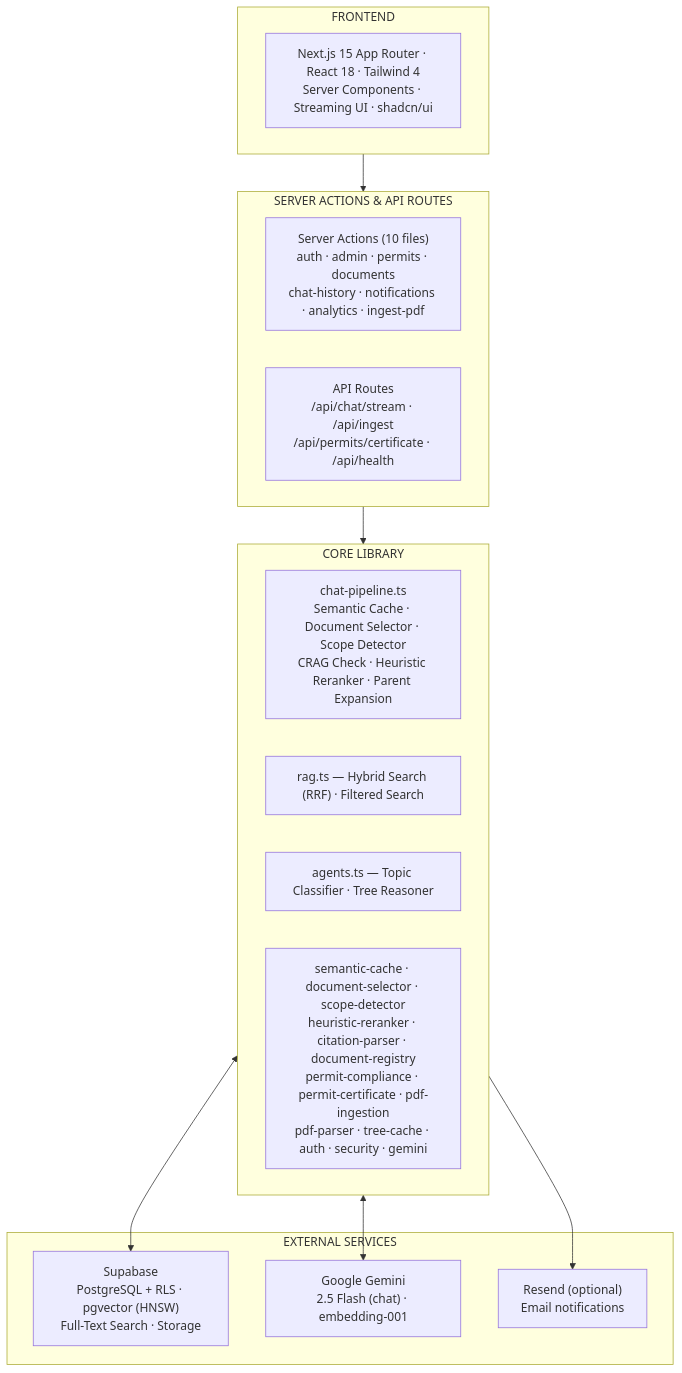
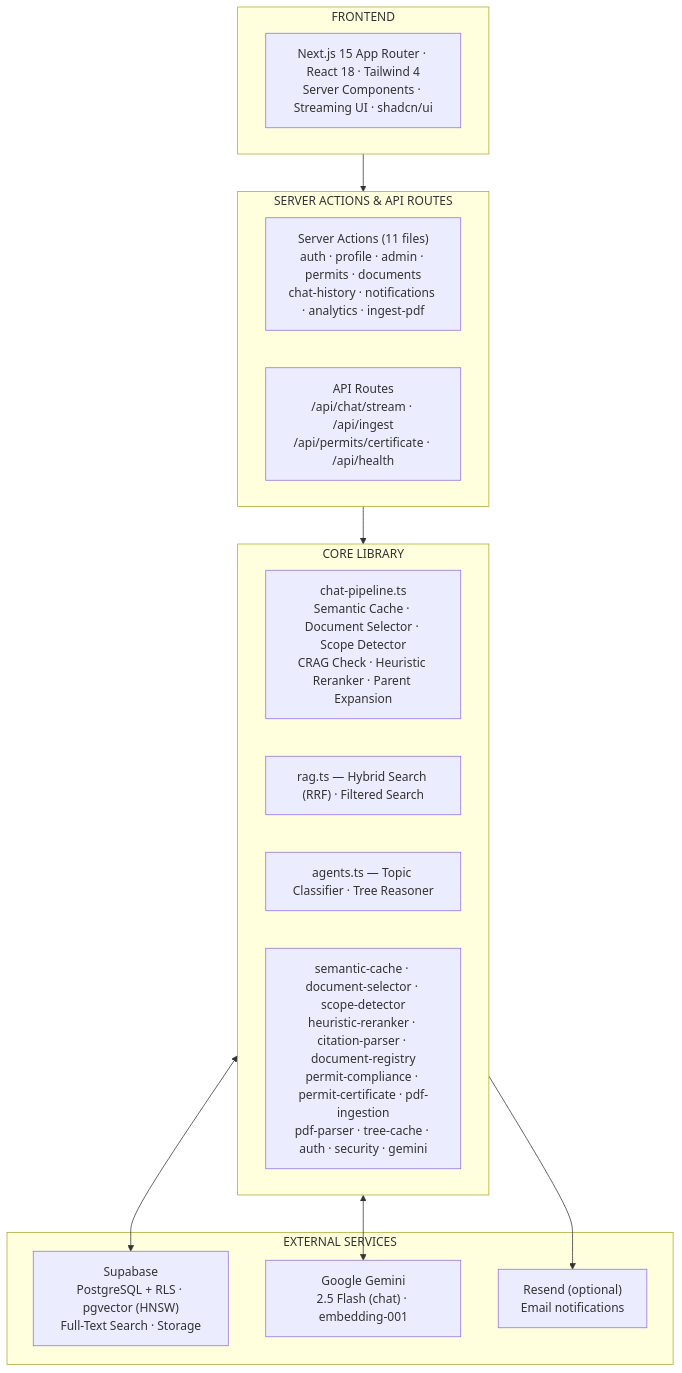
One commit to MakazhanAlpamys/Permit-Forge changed the first of 4 diagrams in README.md. Above: the diagram before and after it, drawn with Mermaid. The commit also changed other lines of this file and 1 other file, not shown here.

````diff
--- a/README.md
+++ b/README.md
@@ -261,30 +261,30 @@
 ```mermaid
 graph TB
     subgraph Frontend["FRONTEND"]
         FE["Next.js 15 App Router · React 18 · Tailwind 4<br/>Server Components · Streaming UI · shadcn/ui"]
     end
 
     subgraph Server["SERVER ACTIONS & API ROUTES"]
-        SA["Server Actions (10 files)<br/>auth · admin · permits · documents<br/>chat-history · notifications · analytics · ingest-pdf"]
+        SA["Server Actions (11 files)<br/>auth · profile · admin · permits · documents<br/>chat-history · notifications · analytics · ingest-pdf"]
         API["API Routes<br/>/api/chat/stream · /api/ingest<br/>/api/permits/certificate · /api/health"]
     end
 
     subgraph Core["CORE LIBRARY"]
         CP["chat-pipeline.ts<br/>Semantic Cache · Document Selector · Scope Detector<br/>CRAG Check · Heuristic Reranker · Parent Expansion"]
         RAG["rag.ts — Hybrid Search (RRF) · Filtered Search"]
         AG["agents.ts — Topic Classifier · Tree Reasoner"]
         OTHER["semantic-cache · document-selector · scope-detector<br/>heuristic-reranker · citation-parser · document-registry<br/>permit-compliance · permit-certificate · pdf-ingestion<br/>pdf-parser · tree-cache · auth · security · gemini"]
     end
 
     subgraph External["EXTERNAL SERVICES"]
         SB["Supabase<br/>PostgreSQL + RLS · pgvector (HNSW)<br/>Full-Text Search · Storage"]
         GM["Google Gemini<br/>2.5 Flash (chat) · embedding-001"]
         RS["Resend (optional)<br/>Email notifications"]
     end
 
     Frontend --> Server
     Server --> Core
     Core <--> SB
     Core <--> GM
     Core --> RS
 ```
````
